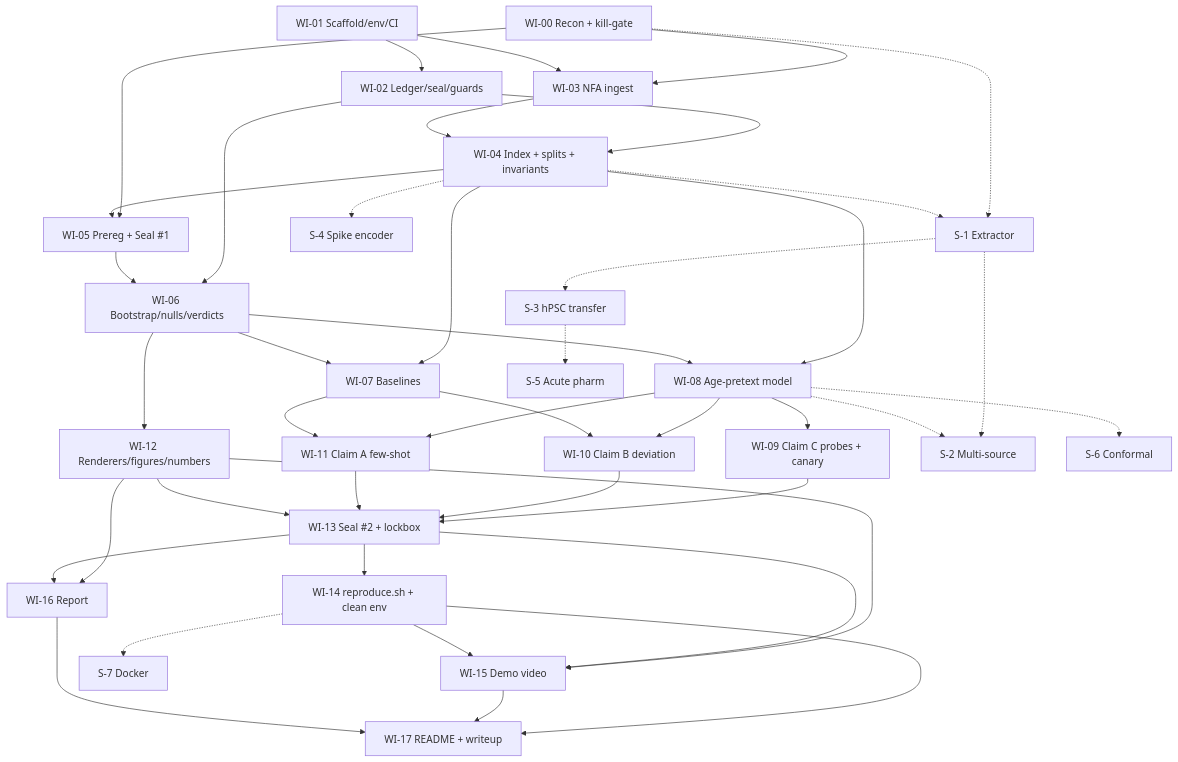
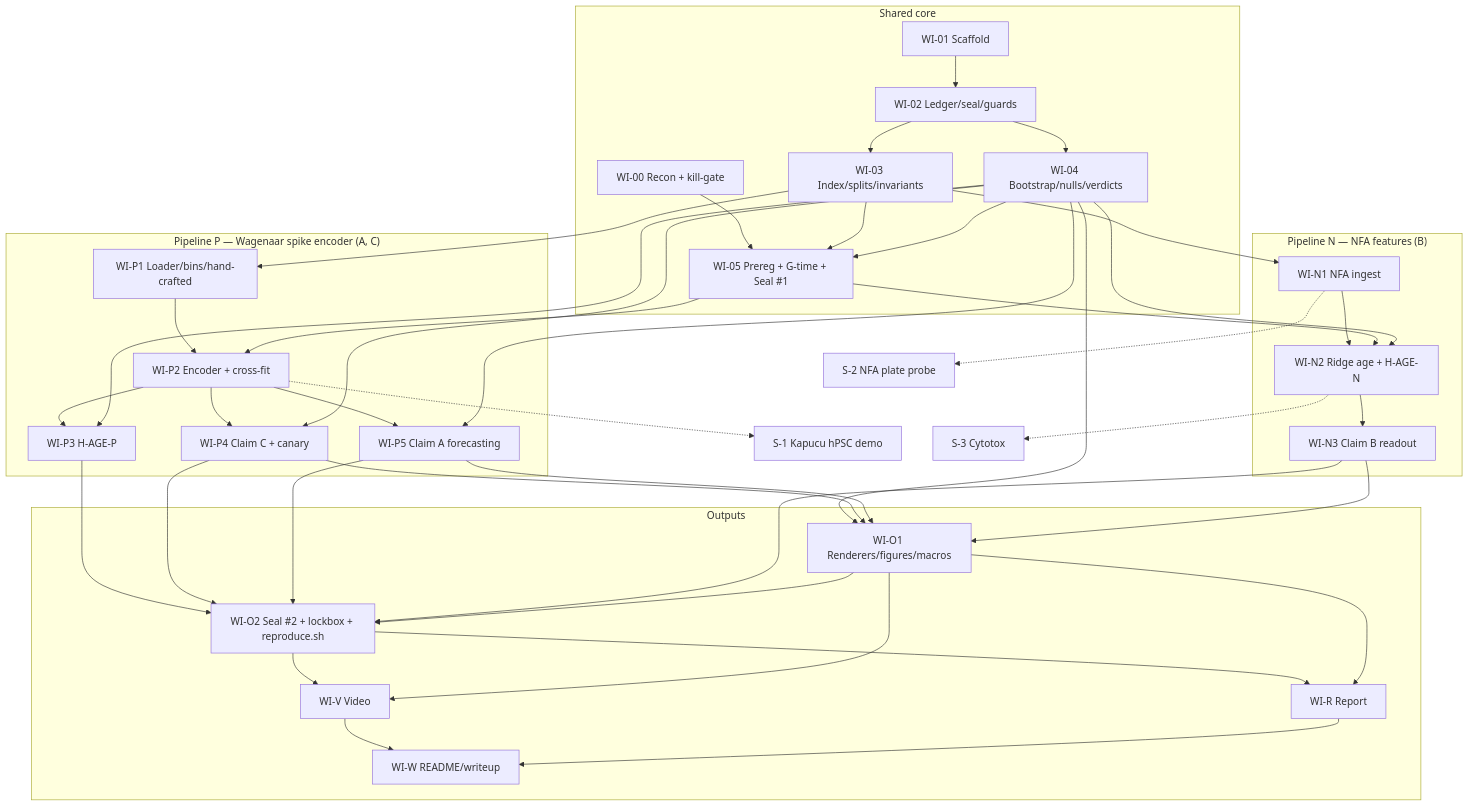
One commit to AustinSopocko/AIforLifeScience changed the diagram in PLAN.md. Above: the diagram before and after it, drawn with Mermaid. The commit also changed other lines of this file and 72 other files, not shown here.

````diff
--- a/PLAN.md
+++ b/PLAN.md
@@ -606,44 +428,45 @@
 ```mermaid
 graph TD
-  WI00[WI-00 Recon + kill-gate] --> WI03[WI-03 NFA ingest]
-  WI01[WI-01 Scaffold/env/CI] --> WI02[WI-02 Ledger/seal/guards]
-  WI01 --> WI03
-  WI02 --> WI04[WI-04 Index + splits + invariants]
-  WI03 --> WI04
-  WI00 --> WI05[WI-05 Prereg + Seal #1]
-  WI04 --> WI05
-  WI02 --> WI06[WI-06 Bootstrap/nulls/verdicts]
-  WI05 --> WI06
-  WI04 --> WI07[WI-07 Baselines]
-  WI06 --> WI07
-  WI04 --> WI08[WI-08 Age-pretext model]
-  WI06 --> WI08
-  WI08 --> WI09[WI-09 Claim C probes + canary]
-  WI08 --> WI10[WI-10 Claim B deviation]
-  WI07 --> WI10
-  WI08 --> WI11[WI-11 Claim A few-shot]
-  WI07 --> WI11
-  WI06 --> WI12[WI-12 Renderers/figures/numbers]
-  WI09 --> WI13[WI-13 Seal #2 + lockbox]
-  WI10 --> WI13
-  WI11 --> WI13
-  WI12 --> WI13
-  WI13 --> WI14[WI-14 reproduce.sh + clean env]
-  WI12 --> WI15[WI-15 Demo video]
-  WI13 --> WI15
-  WI14 --> WI15
-  WI12 --> WI16[WI-16 Report]
-  WI13 --> WI16
-  WI14 --> WI17[WI-17 README + writeup]
-  WI15 --> WI17
-  WI16 --> WI17
-  WI00 -.-> S1[S-1 Extractor]
-  WI04 -.-> S1
-  S1 -.-> S2[S-2 Multi-source]
-  WI08 -.-> S2
-  S1 -.-> S3[S-3 hPSC transfer]
-  S3 -.-> S5[S-5 Acute pharm]
-  WI04 -.-> S4[S-4 Spike encoder]
-  WI08 -.-> S6[S-6 Conformal]
-  WI14 -.-> S7[S-7 Docker]
+  subgraph Shared core
+    WI00[WI-00 Recon + kill-gate] --> WI05
+    WI01[WI-01 Scaffold] --> WI02[WI-02 Ledger/seal/guards]
+    WI02 --> WI03[WI-03 Index/splits/invariants]
+    WI02 --> WI04[WI-04 Bootstrap/nulls/verdicts]
+    WI03 --> WI05[WI-05 Prereg + G-time + Seal #1]
+    WI04 --> WI05
+  end
+  subgraph "Pipeline P — Wagenaar spike encoder (A, C)"
+    WI03 --> P1[WI-P1 Loader/bins/hand-crafted]
+    P1 --> P2[WI-P2 Encoder + cross-fit]
+    WI05 --> P2
+    P2 --> P3[WI-P3 H-AGE-P]
+    P2 --> P4[WI-P4 Claim C + canary]
+    P2 --> P5[WI-P5 Claim A forecasting]
+    WI04 --> P3 & P4 & P5
+  end
+  subgraph "Pipeline N — NFA features (B)"
+    WI03 --> N1[WI-N1 NFA ingest]
+    N1 --> N2[WI-N2 Ridge age + H-AGE-N]
+    WI05 --> N2
+    WI04 --> N2
+    N2 --> N3[WI-N3 Claim B readout]
+  end
+  subgraph Outputs
+    WI04 --> O1[WI-O1 Renderers/figures/macros]
+    P4 --> O1
+    P5 --> O1
+    N3 --> O1
+    P3 --> O2[WI-O2 Seal #2 + lockbox + reproduce.sh]
+    P4 --> O2
+    P5 --> O2
+    N3 --> O2
+    O1 --> O2
+    O2 --> V[WI-V Video] & R[WI-R Report]
+    O1 --> V & R
+    V --> W[WI-W README/writeup]
+    R --> W
+  end
+  P2 -.-> S1[S-1 Kapucu hPSC demo]
+  N1 -.-> S2[S-2 NFA plate probe]
+  N2 -.-> S3[S-3 Cytotox]
 ```
````
